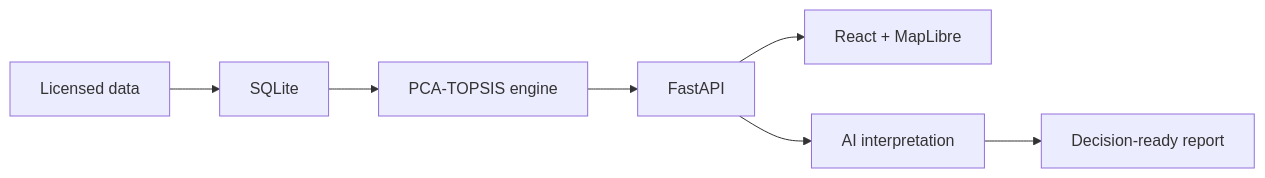
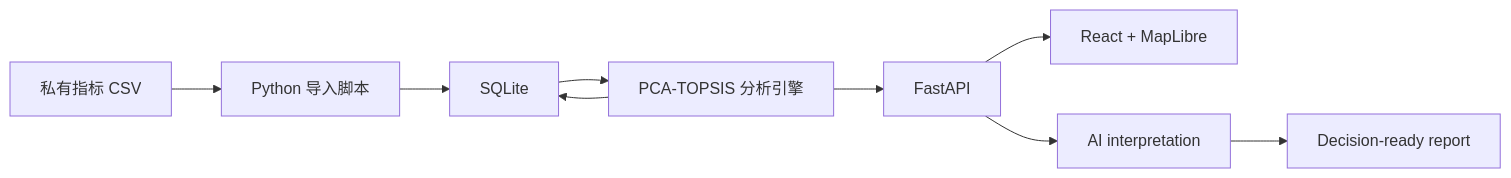
The diagram in README.zh-CN.md (Jane-Hanzhen/urbaninsight-ai), drawn with Mermaid before and after one commit. The commit also changed other lines of this file and 27 other files, not shown here.

Commit message:
feat: add structured AI flow with thinking state, retry handling, and PDF export

````diff
--- a/README.zh-CN.md
+++ b/README.zh-CN.md
@@ -97,9 +100,11 @@
 ```mermaid
 flowchart LR
-    Data["Licensed data"] --> DB["SQLite"]
-    DB --> Engine["PCA-TOPSIS engine"]
+    Data["私有指标 CSV"] --> Import["Python 导入脚本"]
+    Import --> DB["SQLite"]
+    DB --> Engine["PCA-TOPSIS 分析引擎"]
+    Engine --> DB
     Engine --> API["FastAPI"]
     API --> UI["React + MapLibre"]
     API --> AI["AI interpretation"]
     AI --> Report["Decision-ready report"]
 ```
````
